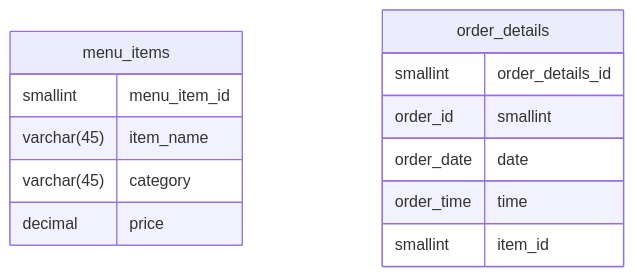
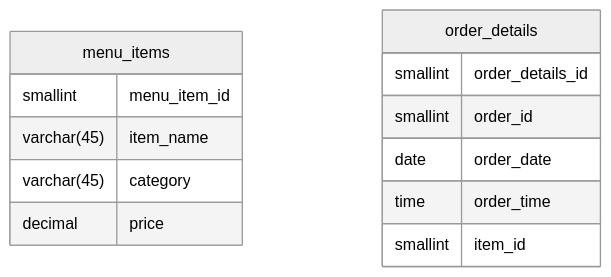
The diagram in README.md (OrangeBellyJuice/restaurant-order-analysis), drawn with Mermaid before and after one commit. The commit also changed other lines of this file, not shown here.

````diff
--- a/README.md
+++ b/README.md
@@ -5,21 +6,22 @@
 ```mermaid
 %%{
     init: {
-        "fontFamily": "monospace"
+        "theme" : "neutral",
+        "fontFamily" : "JetBrains Mono"
     }
 }%%
 erDiagram
     menu_items {
         smallint menu_item_id
         varchar(45) item_name
         varchar(45) category
         decimal price
     }
     order_details {
         smallint order_details_id
-        order_id smallint
-        order_date date
-        order_time time
+        smallint order_id
+        date order_date
+        time order_time
         smallint item_id
     }
 ```     
````
